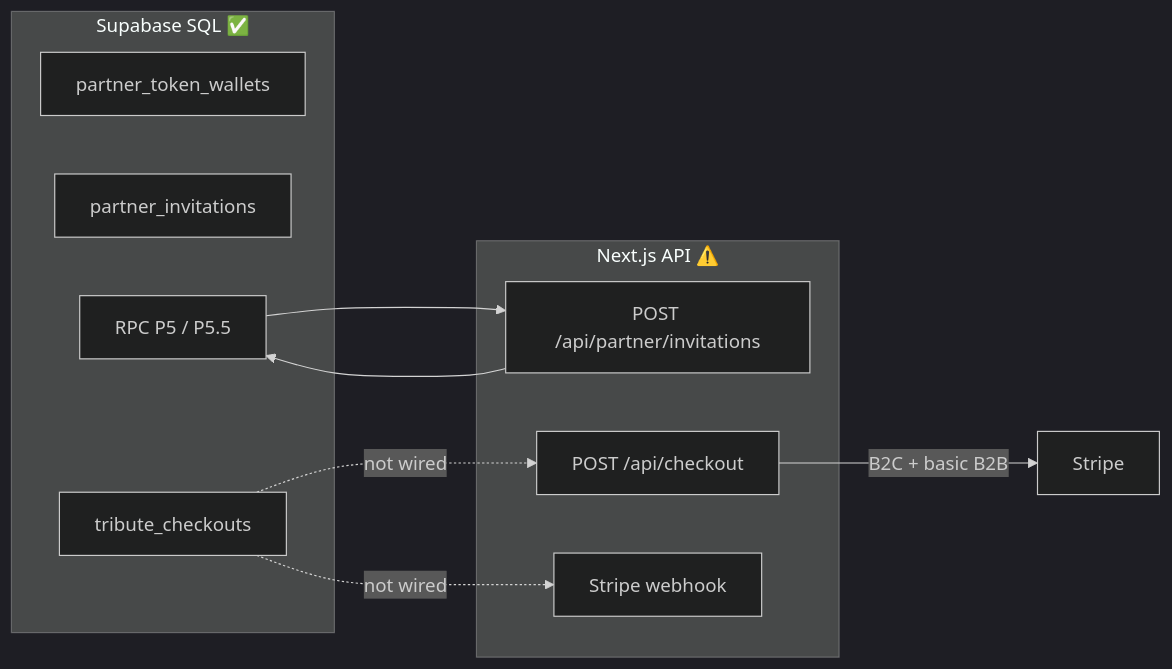
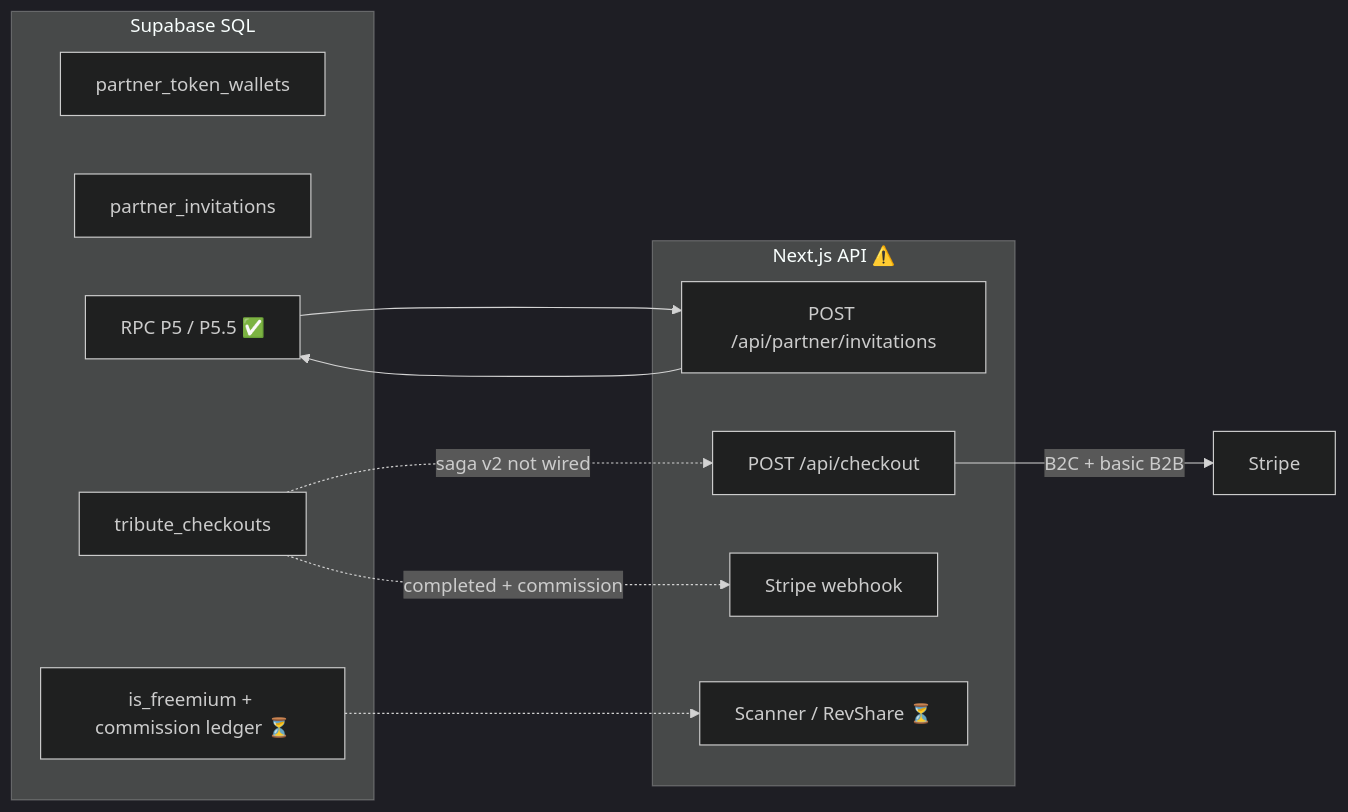
Before and after one commit to Lyra-OD/odyssey-web: the diagram in docs/PROJECT_STATUS.md, drawn with Mermaid (dark theme). The commit also changed other lines of this file and 12 other files, not shown here.

First line of the commit message:
docs(b2b2c): align repo on v2 freemium, RevShare, and Scanner specs.

````diff
--- a/docs/PROJECT_STATUS.md
+++ b/docs/PROJECT_STATUS.md
@@ -53,19 +56,22 @@
 ```mermaid
 flowchart LR
-  subgraph DB["Supabase SQL ✅"]
+  subgraph DB["Supabase SQL"]
     W[partner_token_wallets]
     I[partner_invitations]
     C[tribute_checkouts]
-    R[RPC P5 / P5.5]
+    R[RPC P5 / P5.5 ✅]
+    P6[is_freemium + commission ledger ⏳]
   end
   subgraph App["Next.js API ⚠️"]
     A["POST /api/partner/invitations"]
     B["POST /api/checkout"]
     S["Stripe webhook"]
+    SC["Scanner / RevShare ⏳"]
   end
   R --> A
   A --> R
-  C -.->|"not wired"| B
-  C -.->|"not wired"| S
+  C -.->|"saga v2 not wired"| B
+  C -.->|"completed + commission"| S
+  P6 -.-> SC
   B -->|"B2C + basic B2B"| Stripe
 ```
````
